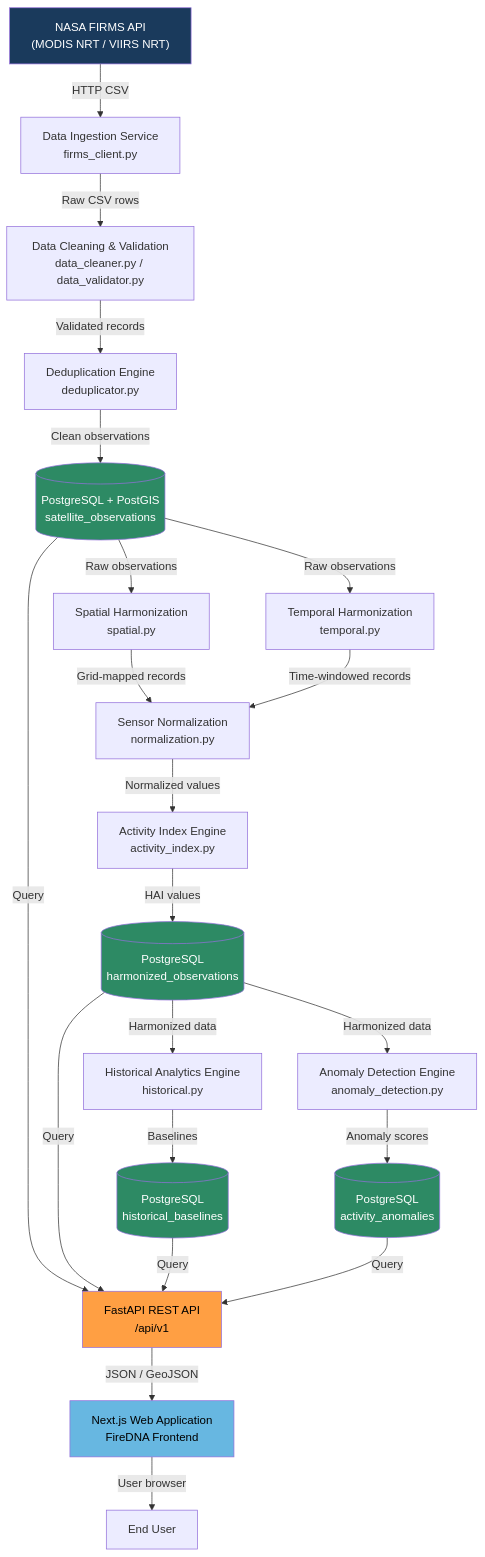
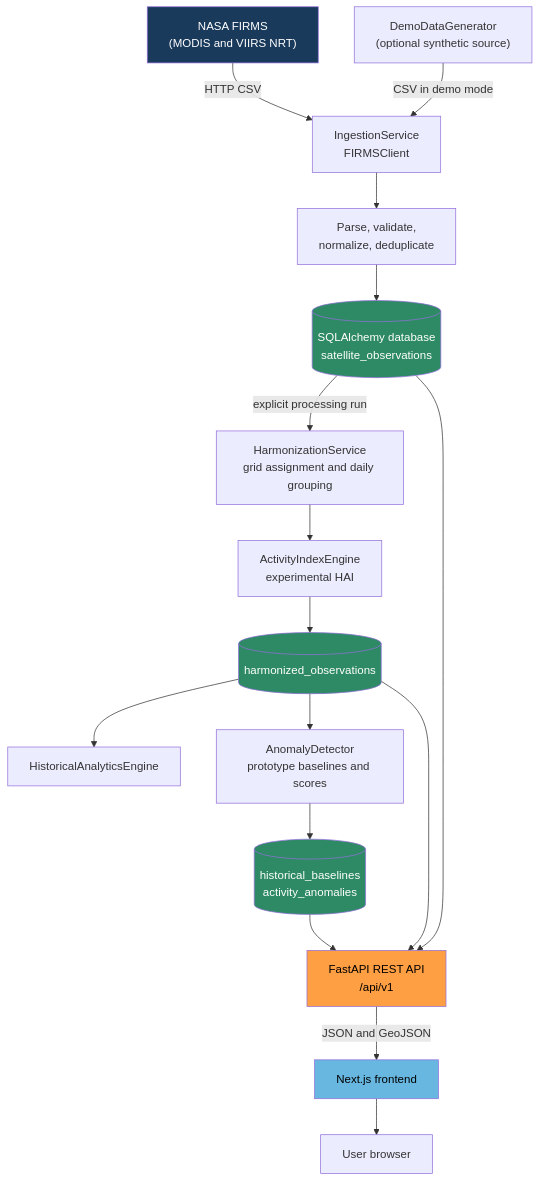
One commit to rid-coder-70/firedna changed the first of 7 diagrams in docs/SYSTEM_ARCHITECTURE.md. Above: the diagram before and after it, drawn with Mermaid. The commit also changed other lines of this file and 4 other files, not shown here.

Commit message:
Enhance documentation: Update README, development roadmap, system architecture, and UI/UX design to reflect project status and clarify functionality

````diff
--- a/docs/SYSTEM_ARCHITECTURE.md
+++ b/docs/SYSTEM_ARCHITECTURE.md
@@ -24,27 +24,24 @@
 ```mermaid
 flowchart TD
-    A["NASA FIRMS API\n(MODIS NRT / VIIRS NRT)"] -->|HTTP CSV| B["Data Ingestion Service\nfirms_client.py"]
-    B -->|Raw CSV rows| C["Data Cleaning & Validation\ndata_cleaner.py / data_validator.py"]
-    C -->|Validated records| D["Deduplication Engine\ndeduplicator.py"]
-    D -->|Clean observations| E[("PostgreSQL + PostGIS\nsatellite_observations")]
-    E -->|Raw observations| F["Spatial Harmonization\nspatial.py"]
-    E -->|Raw observations| G["Temporal Harmonization\ntemporal.py"]
-    F -->|Grid-mapped records| H["Sensor Normalization\nnormalization.py"]
-    G -->|Time-windowed records| H
-    H -->|Normalized values| I["Activity Index Engine\nactivity_index.py"]
-    I -->|HAI values| J[("PostgreSQL\nharmonized_observations")]
-    J -->|Harmonized data| K["Historical Analytics Engine\nhistorical.py"]
-    J -->|Harmonized data| L["Anomaly Detection Engine\nanomaly_detection.py"]
-    K -->|Baselines| M[("PostgreSQL\nhistorical_baselines")]
-    L -->|Anomaly scores| N[("PostgreSQL\nactivity_anomalies")]
-    E & J & M & N -->|Query| O["FastAPI REST API\n/api/v1"]
-    O -->|JSON / GeoJSON| P["Next.js Web Application\nFireDNA Frontend"]
-    P -->|User browser| Q["End User"]
-    style A fill:#1a3a5c,color:#fff
-    style E fill:#2D8A64,color:#fff
-    style J fill:#2D8A64,color:#fff
-    style M fill:#2D8A64,color:#fff
-    style N fill:#2D8A64,color:#fff
-    style O fill:#FF9F43,color:#000
-    style P fill:#67B7E1,color:#000
+    FIRMS["NASA FIRMS<br/>(MODIS and VIIRS NRT)"] -->|HTTP CSV| Ingestion["IngestionService<br/>FIRMSClient"]
+    Demo["DemoDataGenerator<br/>(optional synthetic source)"] -->|CSV in demo mode| Ingestion
+    Ingestion --> Clean["Parse, validate,<br/>normalize, deduplicate"]
+    Clean --> RawDB[("SQLAlchemy database<br/>satellite_observations")]
+    RawDB -->|explicit processing run| Harmonize["HarmonizationService<br/>grid assignment and daily grouping"]
+    Harmonize --> HAI["ActivityIndexEngine<br/>experimental HAI"]
+    HAI --> DerivedDB[("harmonized_observations")]
+    DerivedDB --> Analytics["HistoricalAnalyticsEngine"]
+    DerivedDB --> Anomalies["AnomalyDetector<br/>prototype baselines and scores"]
+    Anomalies --> AnomalyDB[("historical_baselines<br/>activity_anomalies")]
+    RawDB --> API["FastAPI REST API<br/>/api/v1"]
+    DerivedDB --> API
+    AnomalyDB --> API
+    API -->|JSON and GeoJSON| Frontend["Next.js frontend"]
+    Frontend --> Browser["User browser"]
+    style FIRMS fill:#1a3a5c,color:#fff
+    style RawDB fill:#2D8A64,color:#fff
+    style DerivedDB fill:#2D8A64,color:#fff
+    style AnomalyDB fill:#2D8A64,color:#fff
+    style API fill:#FF9F43,color:#000
+    style Frontend fill:#67B7E1,color:#000
 ```
````
